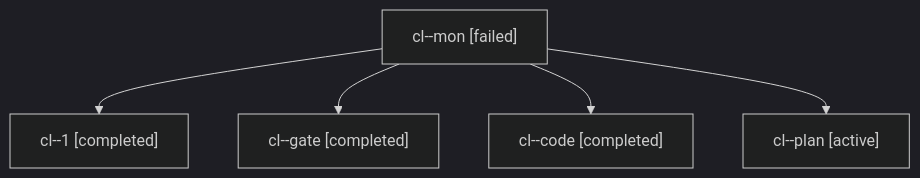
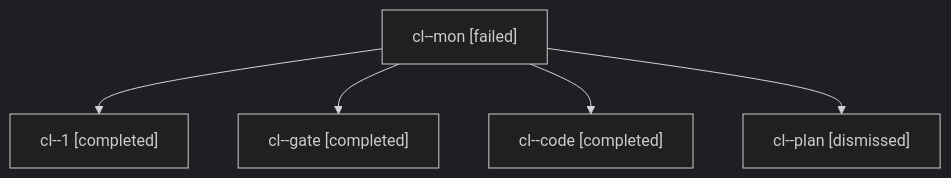
Before and after one commit to bobs-org/bob-cli--agents: the diagram in sessions/bbugyi200.apollo.cl.md, drawn with Mermaid (dark theme). The commit also changed other lines of this file and 24 other files, not shown here.

````diff
--- a/sessions/bbugyi200.apollo.cl.md
+++ b/sessions/bbugyi200.apollo.cl.md
@@ -9,12 +9,12 @@
 ```mermaid
 flowchart TD
   n0["cl--mon [failed]"]
   n1["cl--1 [completed]"]
   n0 --> n1
   n2["cl--gate [completed]"]
   n0 --> n2
   n3["cl--code [completed]"]
   n0 --> n3
-  n4["cl--plan [active]"]
+  n4["cl--plan [dismissed]"]
   n0 --> n4
 ```
````
